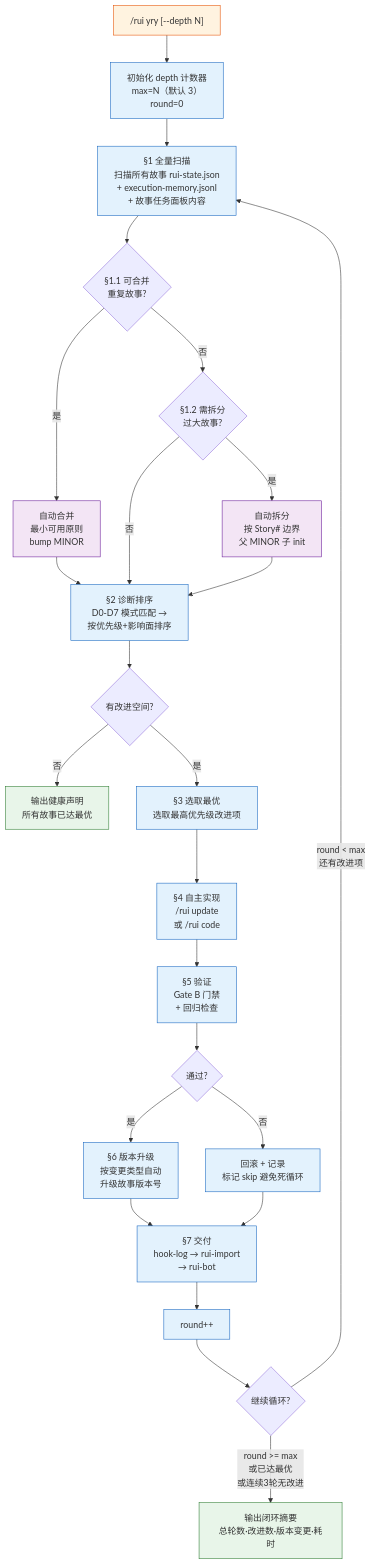
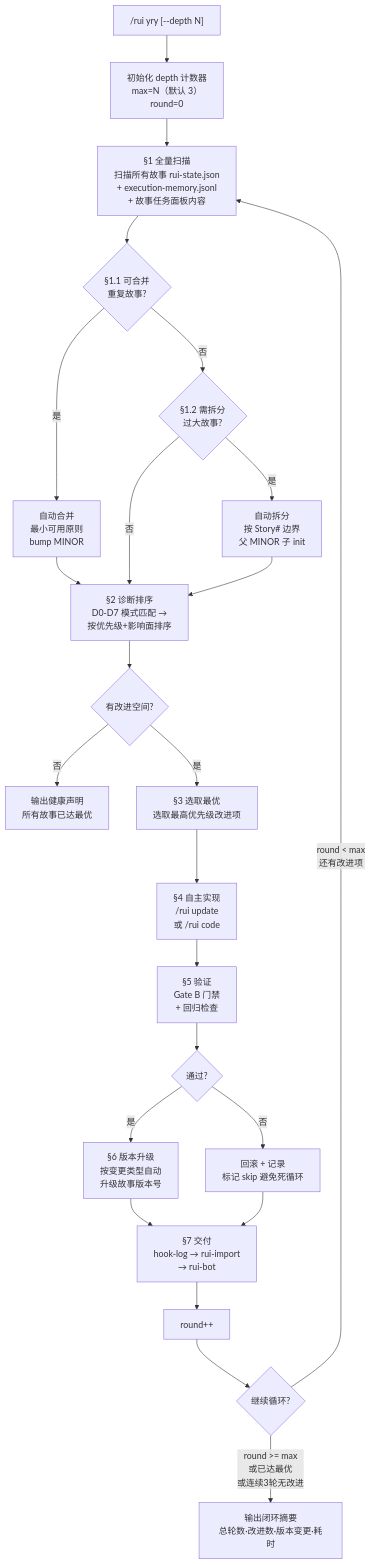
Before and after one commit to effiy/YrY: the tenth of 17 diagrams in skills/rui/SKILL.md, drawn with Mermaid. The commit also changed other lines of this file and 61 other files, not shown here.

````diff
--- a/skills/rui/SKILL.md
+++ b/skills/rui/SKILL.md
@@ -508,31 +545,27 @@
 ```mermaid
 flowchart TD
     START["/rui yry [--depth N]"]:::entry --> INIT["初始化 depth 计数器<br/>max=N（默认 3）<br/>round=0"]:::s
     INIT --> SCAN["§1 全量扫描<br/>扫描所有故事 rui-state.json<br/>+ execution-memory.jsonl<br/>+ 故事任务面板内容"]:::s
     SCAN --> MERGE_CHECK{"§1.1 可合并<br/>重复故事?"}
     MERGE_CHECK -->|"是"| AUTO_MERGE["自动合并<br/>最小可用原则<br/>bump MINOR"]:::op
     MERGE_CHECK -->|"否"| SPLIT_CHECK{"§1.2 需拆分<br/>过大故事?"}
     SPLIT_CHECK -->|"是"| AUTO_SPLIT["自动拆分<br/>按 Story# 边界<br/>父 MINOR 子 init"]:::op
     AUTO_MERGE --> DIAG
     SPLIT_CHECK -->|"否"| DIAG["§2 诊断排序<br/>D0-D7 模式匹配 →<br/>按优先级+影响面排序"]:::s
     AUTO_SPLIT --> DIAG
     DIAG --> CHECK{"有改进空间?"}
     CHECK -->|"否"| DONE["输出健康声明<br/>所有故事已达最优"]:::out
     CHECK -->|"是"| PICK["§3 选取最优<br/>选取最高优先级改进项"]:::s
     PICK --> IMPL["§4 自主实现<br/>/rui update <name><br/>或 /rui code <name>"]:::s
     IMPL --> VERIFY["§5 验证<br/>Gate B 门禁<br/>+ 回归检查"]:::s
     VERIFY --> VER{"通过?"}
     VER -->|"是"| BUMP["§6 版本升级<br/>按变更类型自动<br/>升级故事版本号"]:::s
     VER -->|"否"| ROLLBACK["回滚 + 记录<br/>标记 skip 避免死循环"]:::s
     BUMP --> DELIVER["§7 交付<br/>hook-log → rui-import<br/>→ rui-bot"]:::s
     ROLLBACK --> DELIVER
     DELIVER --> INC["round++"]:::s
     INC --> LOOP{"继续循环?"}
     LOOP -->|"round < max<br/>还有改进项"| SCAN
     LOOP -->|"round >= max<br/>或已达最优<br/>或连续3轮无改进"| END["输出闭环摘要<br/>总轮数·改进数·版本变更·耗时"]:::out
 
-    classDef entry fill:#fff3e0,stroke:#e65100;
-    classDef s fill:#e3f2fd,stroke:#1565c0;
-    classDef out fill:#e8f5e9,stroke:#2e7d32;
-    classDef op fill:#f3e5f5,stroke:#6a1b9a;
 ```
````
